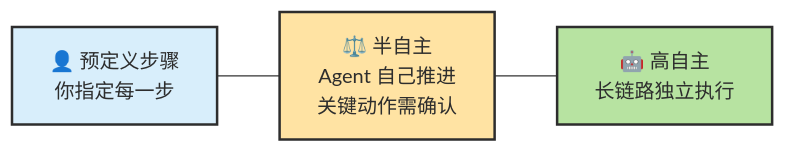
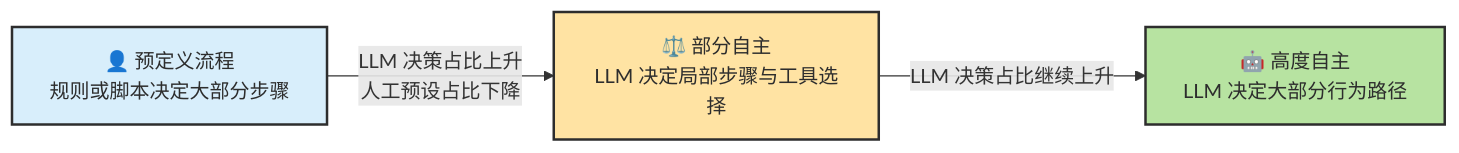
Diagram 24 of 43 in docs/chapters/ch02-concepts.md (zht043/AgenticCodingTutorial), drawn with Mermaid before and after one commit. The commit also changed other lines of this file and 1 other file, not shown here.

Commit message:
refine chapter 2 diagrams and agent guidance

````diff
--- a/docs/chapters/ch02-concepts.md
+++ b/docs/chapters/ch02-concepts.md
@@ -570,8 +861,8 @@
 ```mermaid
 flowchart LR
     classDef low fill:#d8eefb,stroke:#2d2d2d,stroke-width:2px,color:#2d2d2d
     classDef mid fill:#ffe3a3,stroke:#2d2d2d,stroke-width:2px,color:#2d2d2d
     classDef high fill:#b7e3a1,stroke:#2d2d2d,stroke-width:2px,color:#2d2d2d
 
-    A["👤 预定义步骤<br/>你指定每一步"]:::low --- B["⚖️ 半自主<br/>Agent 自己推进<br/>关键动作需确认"]:::mid --- C["🤖 高自主<br/>长链路独立执行"]:::high
+    A["👤 预定义流程<br/>规则或脚本决定大部分步骤"]:::low -->|"LLM 决策占比上升<br/>人工预设占比下降"| B["⚖️ 部分自主<br/>LLM 决定局部步骤与工具选择"]:::mid -->|"LLM 决策占比继续上升"| C["🤖 高度自主<br/>LLM 决定大部分行为路径"]:::high
 ```
````
